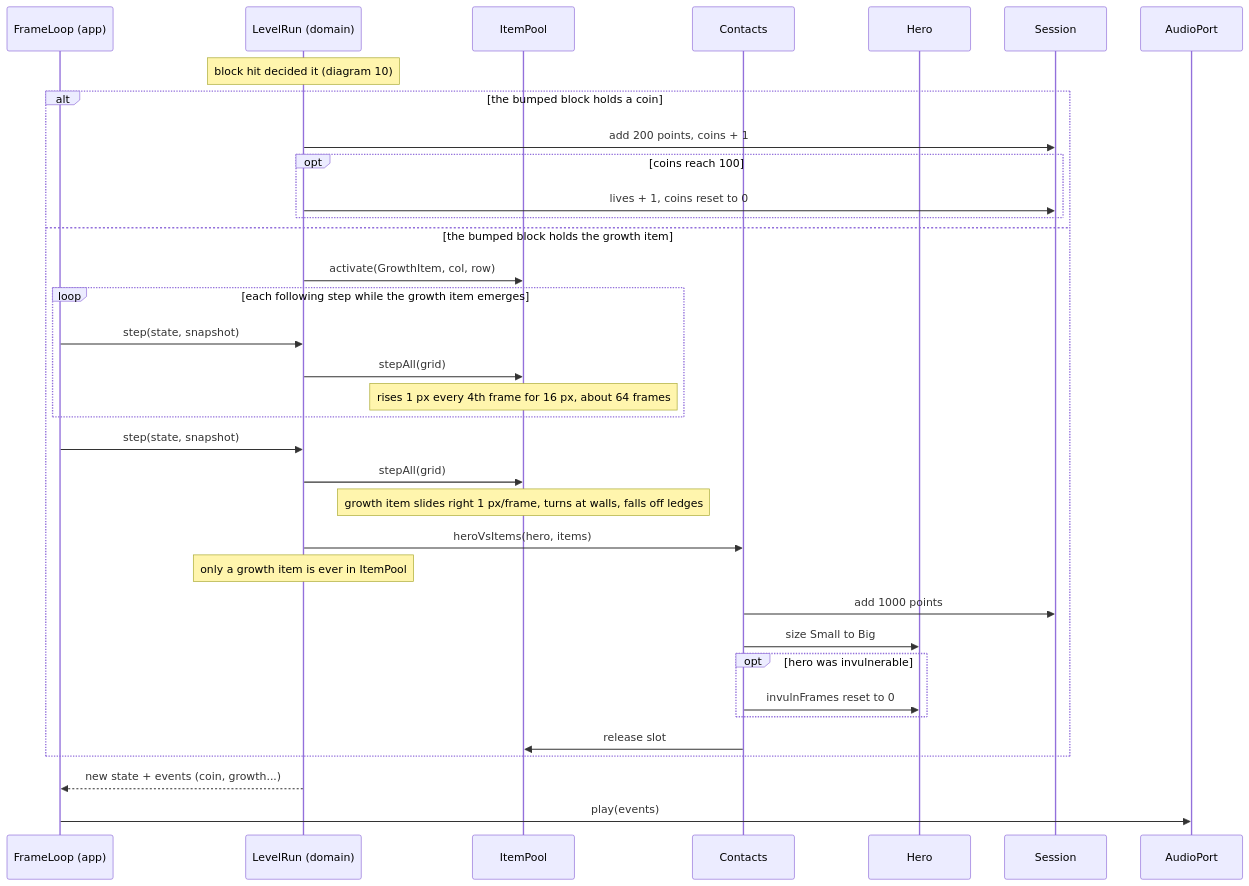
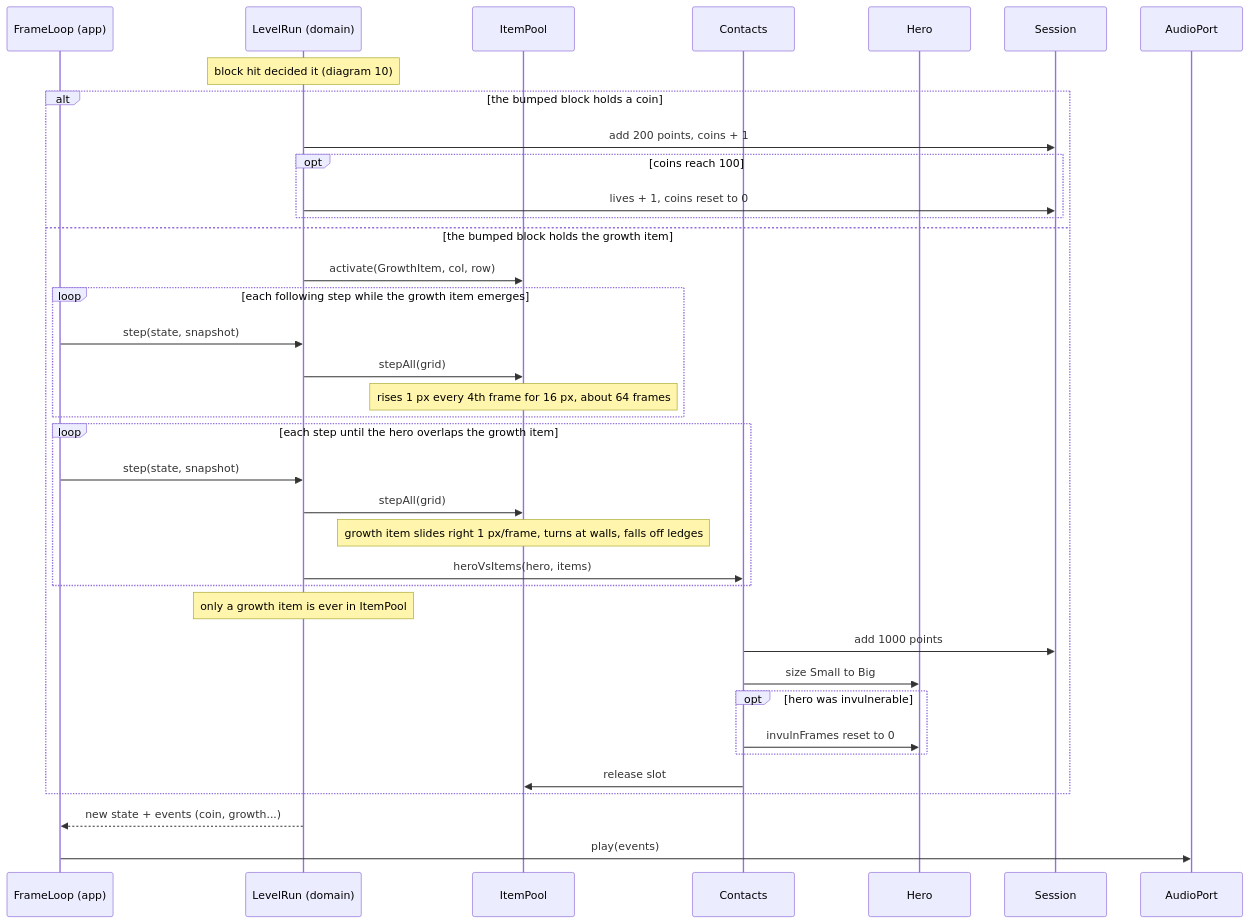
The diagram in docs/architecture/diagrams/gameplay/11-sequence-item-pickup.md (benoit-bremaud/retro-plumber), drawn with Mermaid before and after one commit. The commit also changed 2 other files, not shown here.

Commit message:
docs(uml): address seventh Codex review on sequences 11, 12, 13 (#7)

````diff
--- a/docs/architecture/diagrams/gameplay/11-sequence-item-pickup.md
+++ b/docs/architecture/diagrams/gameplay/11-sequence-item-pickup.md
@@ -13,37 +13,39 @@
 ```mermaid
 sequenceDiagram
     participant FL as FrameLoop (app)
     participant LR as LevelRun (domain)
     participant IP as ItemPool
     participant Ct as Contacts
     participant H as Hero
     participant Sess as Session
     participant Snd as AudioPort
     Note over LR: block hit decided it (diagram 10)
     alt the bumped block holds a coin
         LR->>Sess: add 200 points, coins + 1
         opt coins reach 100
             LR->>Sess: lives + 1, coins reset to 0
         end
     else the bumped block holds the growth item
         LR->>IP: activate(GrowthItem, col, row)
         loop each following step while the growth item emerges
             FL->>LR: step(state, snapshot)
             LR->>IP: stepAll(grid)
             Note over IP: rises 1 px every 4th frame for 16 px, about 64 frames
         end
-        FL->>LR: step(state, snapshot)
-        LR->>IP: stepAll(grid)
-        Note over IP: growth item slides right 1 px/frame, turns at walls, falls off ledges
-        LR->>Ct: heroVsItems(hero, items)
+        loop each step until the hero overlaps the growth item
+            FL->>LR: step(state, snapshot)
+            LR->>IP: stepAll(grid)
+            Note over IP: growth item slides right 1 px/frame, turns at walls, falls off ledges
+            LR->>Ct: heroVsItems(hero, items)
+        end
         Note over LR: only a growth item is ever in ItemPool
         Ct->>Sess: add 1000 points
         Ct->>H: size Small to Big
         opt hero was invulnerable
             Ct->>H: invulnFrames reset to 0
         end
         Ct->>IP: release slot
     end
     LR-->>FL: new state + events (coin, growth...)
     FL->>Snd: play(events)
 ```
````
